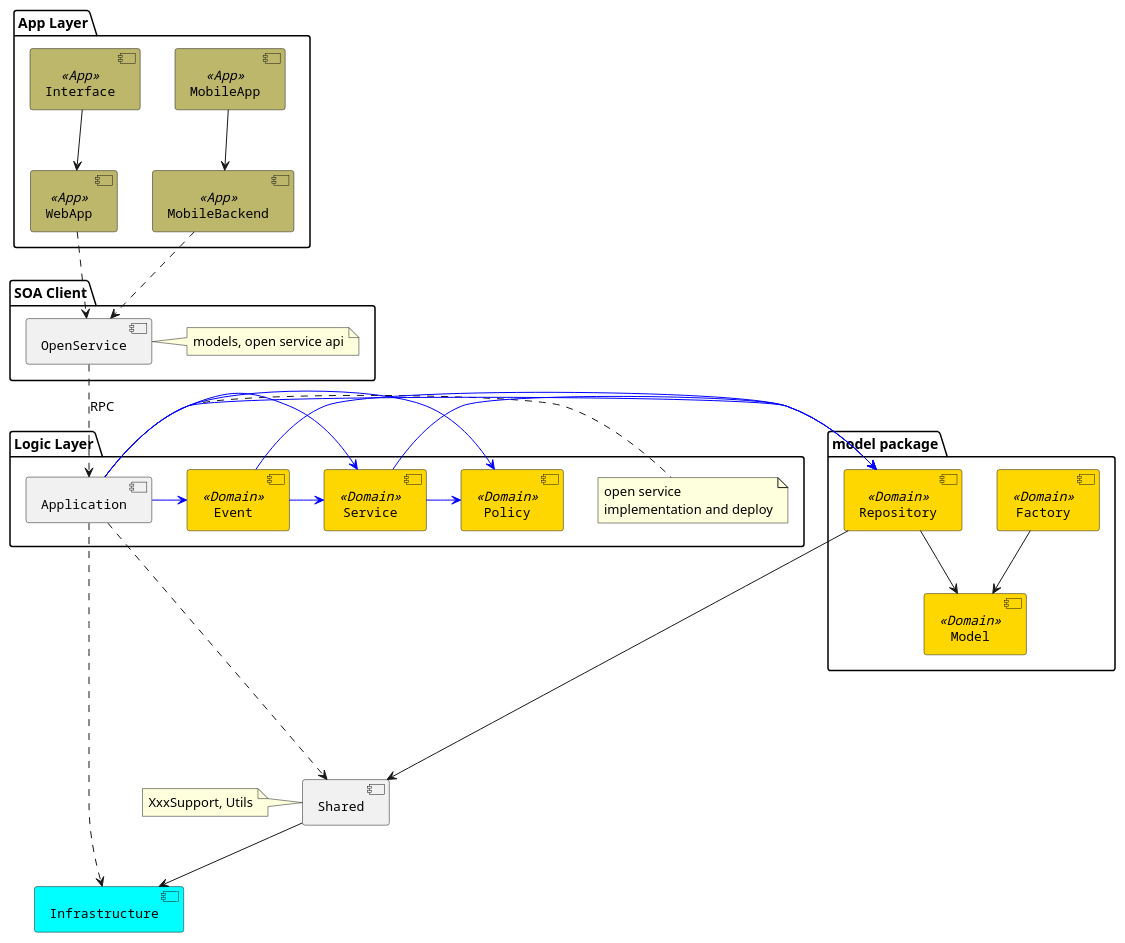
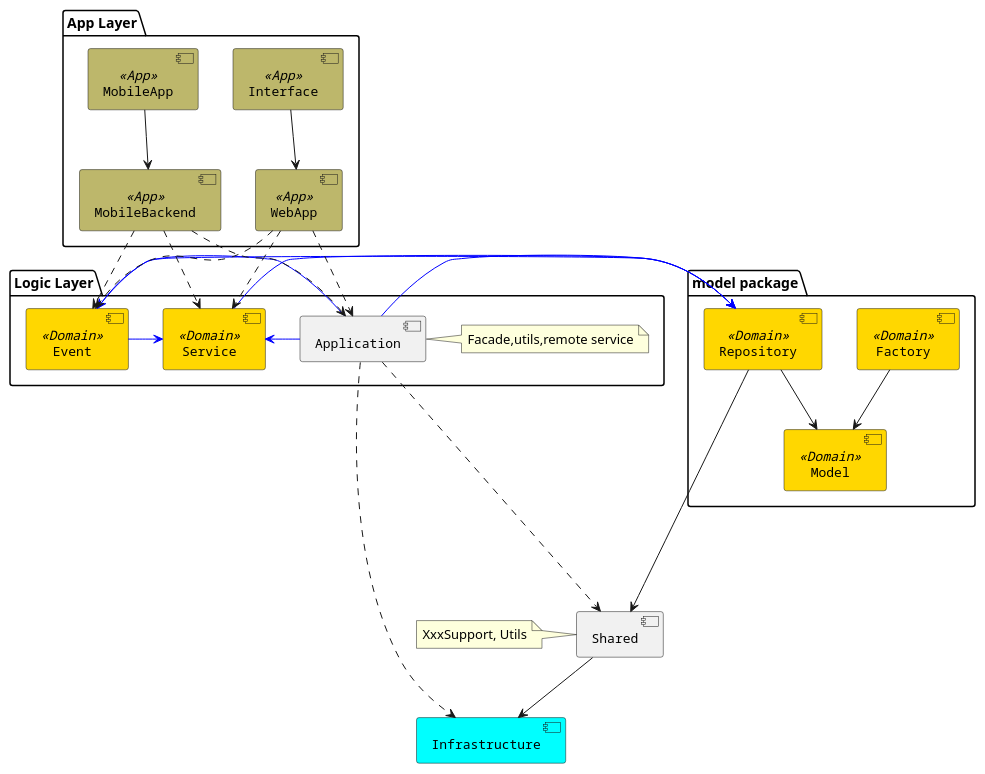
Before and after one commit to linux-china/ddd-base: the diagram in src/main/puml/ddd-components.puml, drawn with PlantUML.

Commit message:
standard alone ddd components and architecture

```diff
--- a/src/main/puml/ddd-components.puml
+++ b/src/main/puml/ddd-components.puml
@@ -1,61 +1,55 @@
 @startuml
 
 [Infrastructure] #Aqua
 [Shared]
 note left of Shared : XxxSupport, Utils
 
 package "model package" {
    [Model] <<Domain>>
    [Repository] <<Domain>>
    [Factory] <<Domain>>
 }
 package "Logic Layer" {
    [Service] <<Domain>>
    [Event] <<Domain>>
-   [Policy] <<Domain>>
    [Application]
-   note right of Application : open service\nimplementation and deploy
-}
-
-package "SOA Client" {
-   [OpenService]
-   note right of OpenService : models, open service api
+   note right of Application : Facade,utils,remote service
 }
 
 package "App Layer" {
     [WebApp] <<App>>
     [MobileBackend] <<App>>
     [Interface] <<App>>
     [MobileApp] <<App>>
 }
 
 [Shared] --> [Infrastructure]
 [Repository] --> [Shared]
 [Repository] --> [Model]
 [Service] -[#0000FF]> [Repository]
-[Service] -[#0000FF]> [Policy]
 [Factory] --> [Model]
 [Event] -[#0000FF]> [Service]
 [Event] -[#0000FF]> [Repository]
 [Application] -[#0000FF]> [Repository]
 [Application] -[#0000FF]> [Service]
 [Application] -[#0000FF]> [Event]
-[Application] -[#0000FF]> [Policy]
 [Application] ....> [Infrastructure]
 [Application] ....> [Shared]
 
-[OpenService] ..> [Application]: RPC
-
-[WebApp] ..> [OpenService]
+[WebApp] ..> [Application]
+[WebApp] ..> [Service]
+[WebApp] ..> [Event]
 [Interface] --> [WebApp]
-[MobileBackend] ..> [OpenService]
+[MobileBackend] ..> [Application]
+[MobileBackend] ..> [Service]
+[MobileBackend] ..> [Event]
 [MobileApp] --> [MobileBackend]
 
 skinparam component {
   FontSize 13
   BackgroundColor<<Domain>> gold
   BackgroundColor<<App>> DarkKhaki
   FontName Courier
 }
 
 @enduml
```
